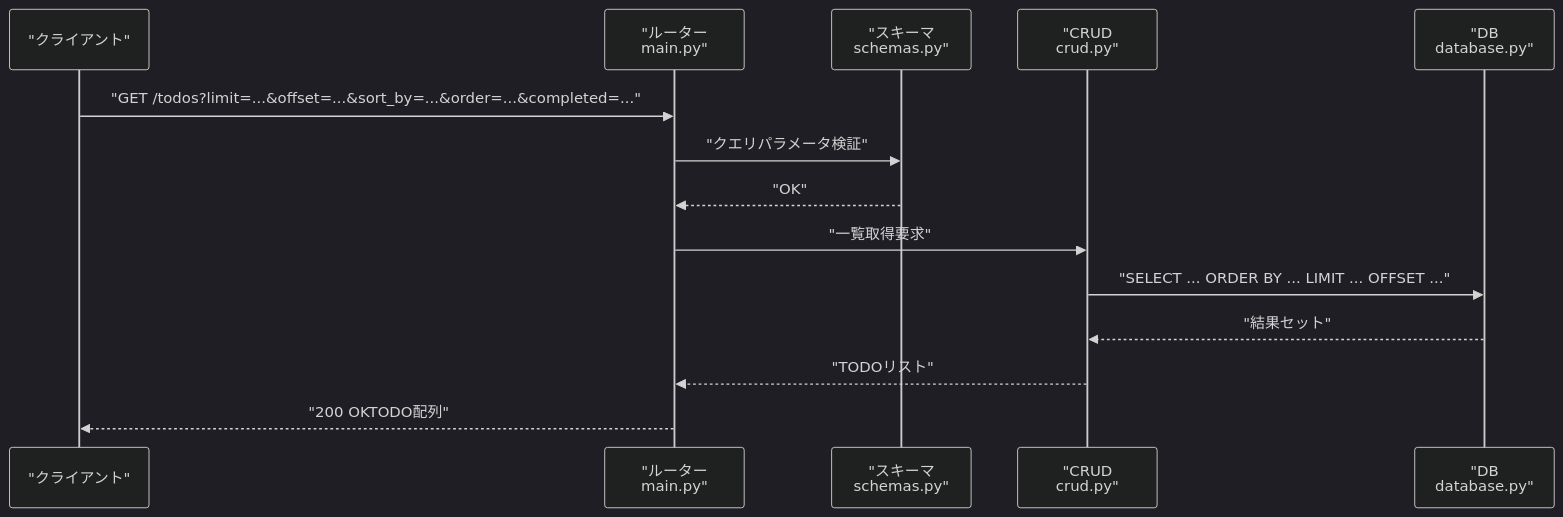
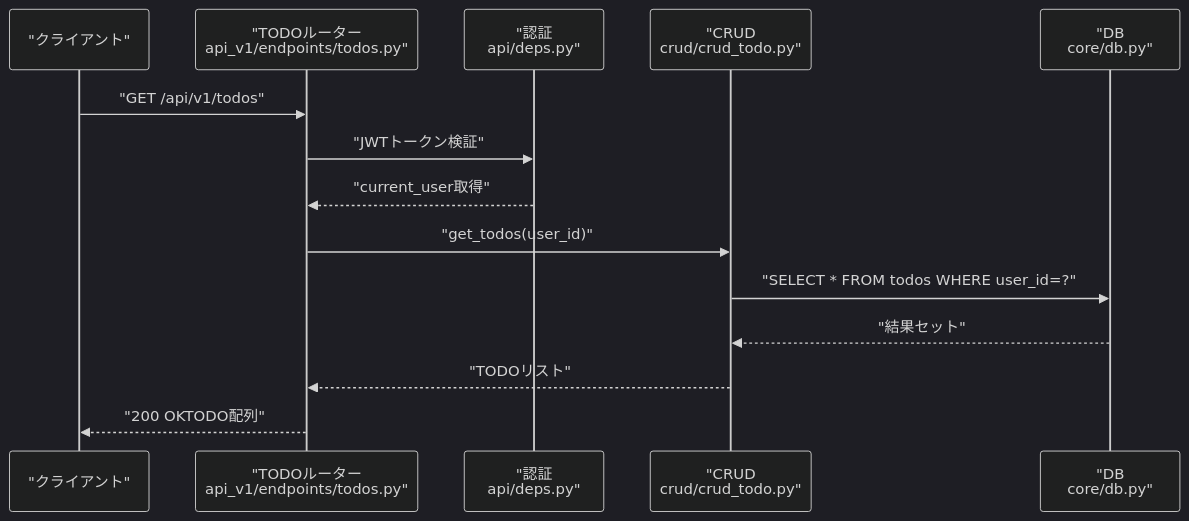
One commit to ss8806/Todos changed the third of 7 diagrams in .qoder/repowiki/ja/content/APIリファレンス/TODO管理API.md. Above: the diagram before and after it, drawn with Mermaid (dark theme). The commit also changed other lines of this file and 6 other files, not shown here.

````diff
--- a/.qoder/repowiki/ja/content/APIリファレンス/TODO管理API.md
+++ b/.qoder/repowiki/ja/content/APIリファレンス/TODO管理API.md
@@ -154,16 +189,16 @@
 ```mermaid
 sequenceDiagram
 participant C as "クライアント"
-participant R as "ルーター<br/>main.py"
-participant V as "スキーマ<br/>schemas.py"
-participant U as "CRUD<br/>crud.py"
-participant D as "DB<br/>database.py"
-C->>R : "GET /todos?limit=...&offset=...&sort_by=...&order=...&completed=..."
-R->>V : "クエリパラメータ検証"
-V-->>R : "OK"
-R->>U : "一覧取得要求"
-U->>D : "SELECT ... ORDER BY ... LIMIT ... OFFSET ..."
+participant R as "TODOルーター<br/>api_v1/endpoints/todos.py"
+participant A as "認証<br/>api/deps.py"
+participant U as "CRUD<br/>crud/crud_todo.py"
+participant D as "DB<br/>core/db.py"
+C->>R : "GET /api/v1/todos"
+R->>A : "JWTトークン検証"
+A-->>R : "current_user取得"
+R->>U : "get_todos(user_id)"
+U->>D : "SELECT * FROM todos WHERE user_id=?"
 D-->>U : "結果セット"
 U-->>R : "TODOリスト"
 R-->>C : "200 OKTODO配列"
 ```
````
